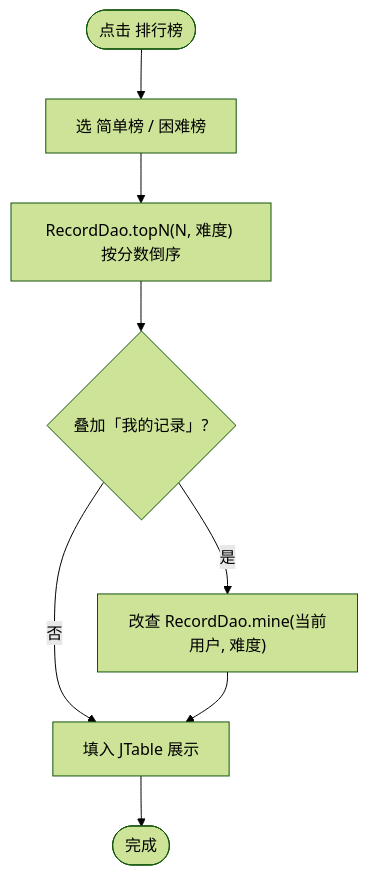
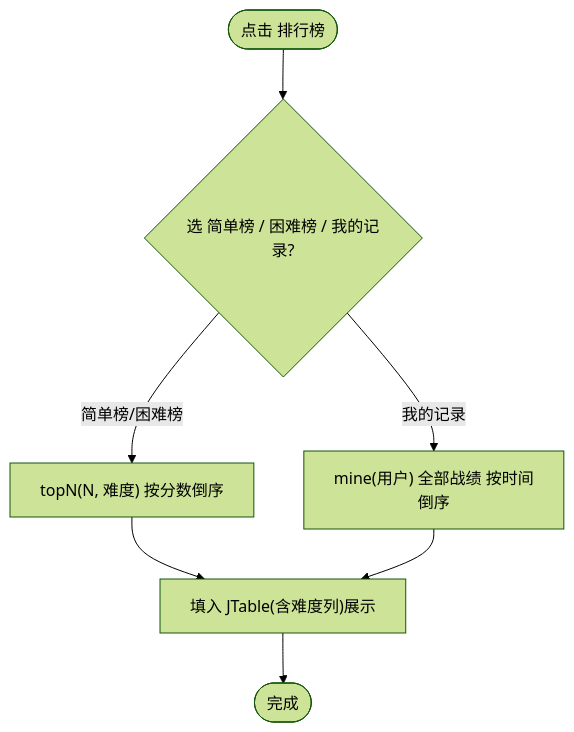
Before and after one commit to learnerCodeZ/javagame-zombie-shooter: the sixth of 12 diagrams in docs/详细设计说明书.md, drawn with Mermaid (forest theme). The commit also changed other lines of this file and 10 other files, not shown here.

Commit message:
我的记录改为全部战绩+难度列(按时间倒序): RecordDao.mine/LeaderboardFrame/TestDao + 文档/复盘同步

````diff
--- a/docs/详细设计说明书.md
+++ b/docs/详细设计说明书.md
@@ -336,10 +336,9 @@
 ```mermaid
 flowchart TD
-    A(["点击 排行榜"]) --> B["选 简单榜 / 困难榜"]
-    B --> C["RecordDao.topN(N, 难度) 按分数倒序"]
-    C --> D{"叠加「我的记录」?"}
-    D -->|是| E["改查 RecordDao.mine(当前用户, 难度)"]
-    D -->|否| F["填入 JTable 展示"]
-    E --> F
-    F --> G(["完成"])
+    A(["点击 排行榜"]) --> B{"选 简单榜 / 困难榜 / 我的记录?"}
+    B -->|简单榜/困难榜| C["topN(N, 难度) 按分数倒序"]
+    B -->|我的记录| D["mine(用户) 全部战绩 按时间倒序"]
+    C --> E["填入 JTable(含难度列)展示"]
+    D --> E
+    E --> F(["完成"])
 ```
````
